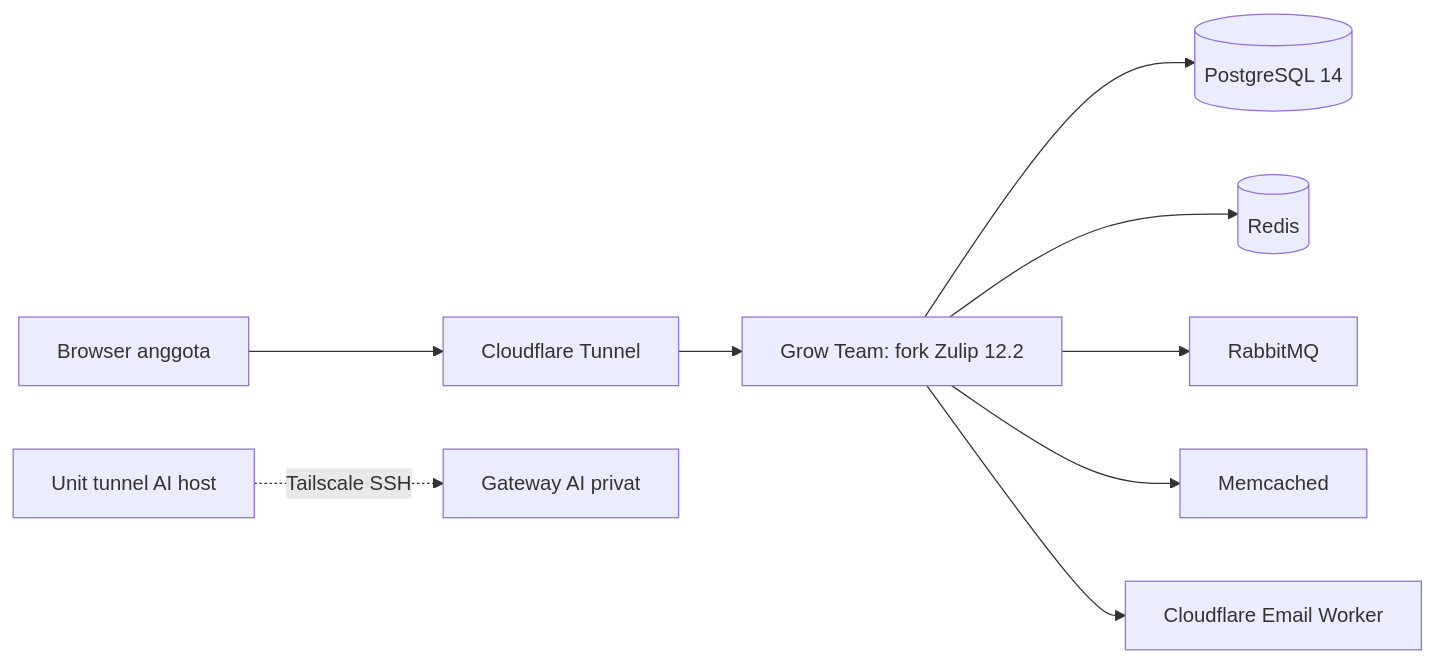
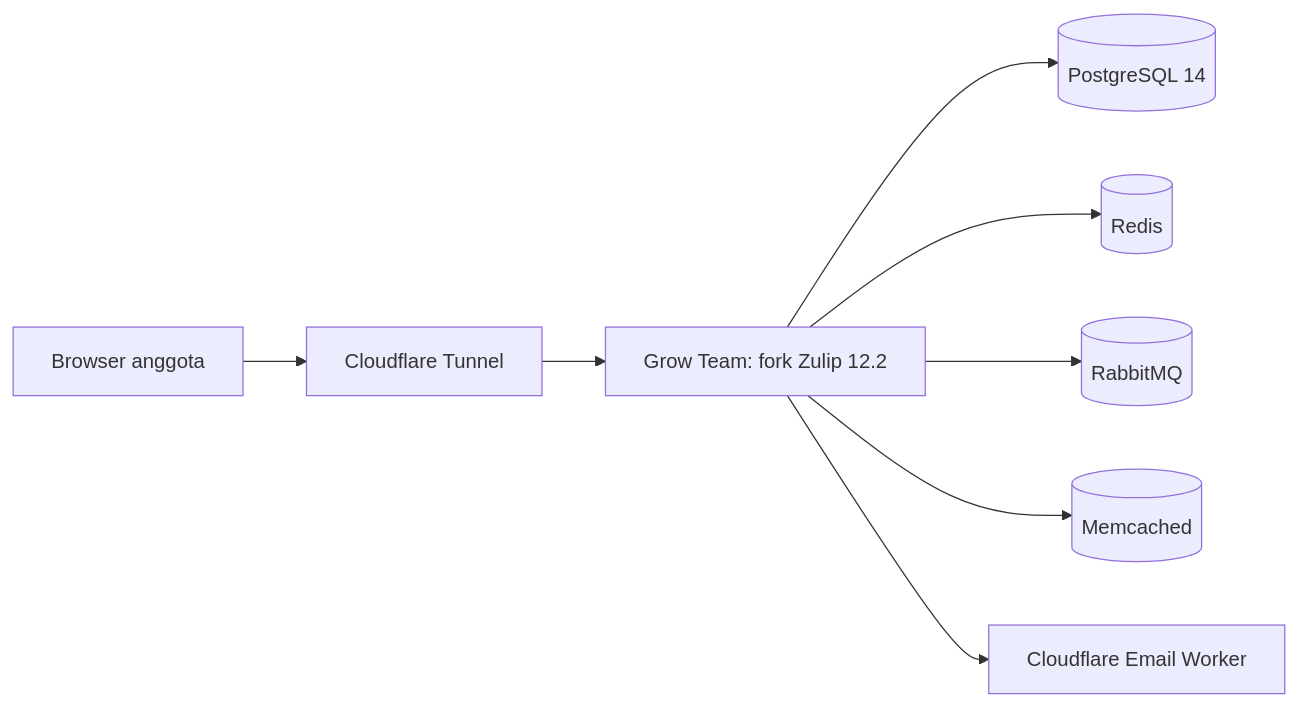
The first of 2 diagrams in internals/docs/blueprint.md (Growth-Circle/grow-team), drawn with Mermaid before and after one commit. The commit also changed other lines of this file and 7 other files, not shown here.

````diff
--- a/internals/docs/blueprint.md
+++ b/internals/docs/blueprint.md
@@ -11,11 +11,10 @@
 ```mermaid
 flowchart LR
-  Browser[Browser anggota] --> CF[Cloudflare Tunnel]
-  CF --> App[Grow Team: fork Zulip 12.2]
-  App --> PG[(PostgreSQL 14)]
-  App --> Redis[(Redis)]
-  App --> MQ[RabbitMQ]
-  App --> MC[Memcached]
-  App --> Mail[Cloudflare Email Worker]
-  HostTunnel[Unit tunnel AI host] -. Tailscale SSH .-> Wulan[Gateway AI privat]
+  Browser[Browser anggota] --> Tunnel[Cloudflare Tunnel]
+  Tunnel --> Zulip[Grow Team: fork Zulip 12.2]
+  Zulip --> PG[(PostgreSQL 14)]
+  Zulip --> Redis[(Redis)]
+  Zulip --> RabbitMQ[(RabbitMQ)]
+  Zulip --> Memcached[(Memcached)]
+  Zulip --> Worker[Cloudflare Email Worker]
 ```
````
